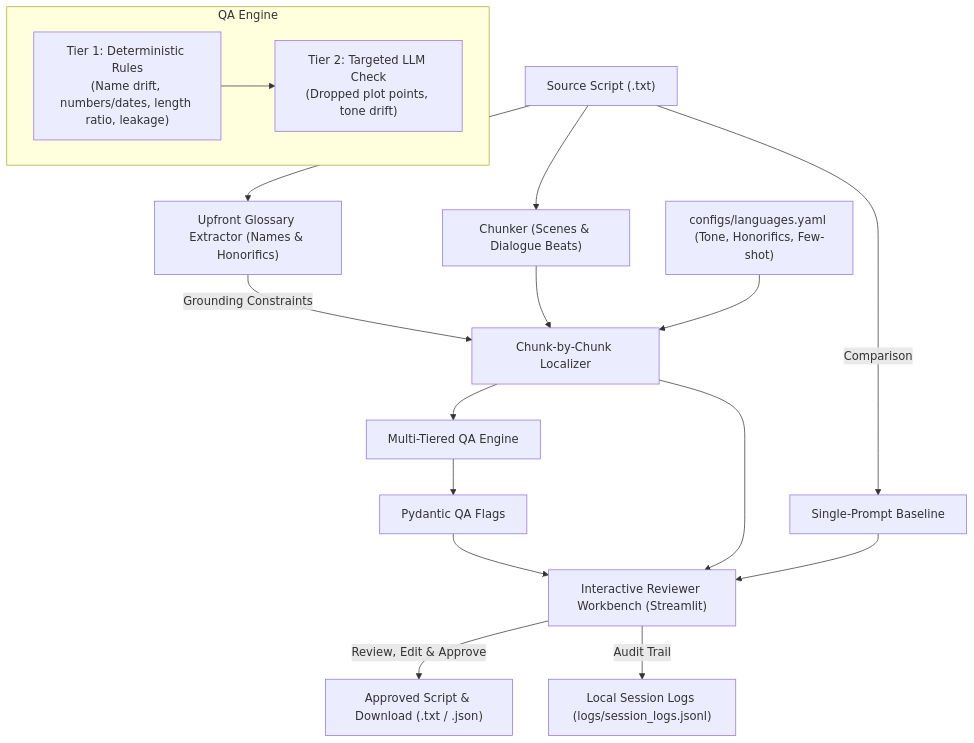
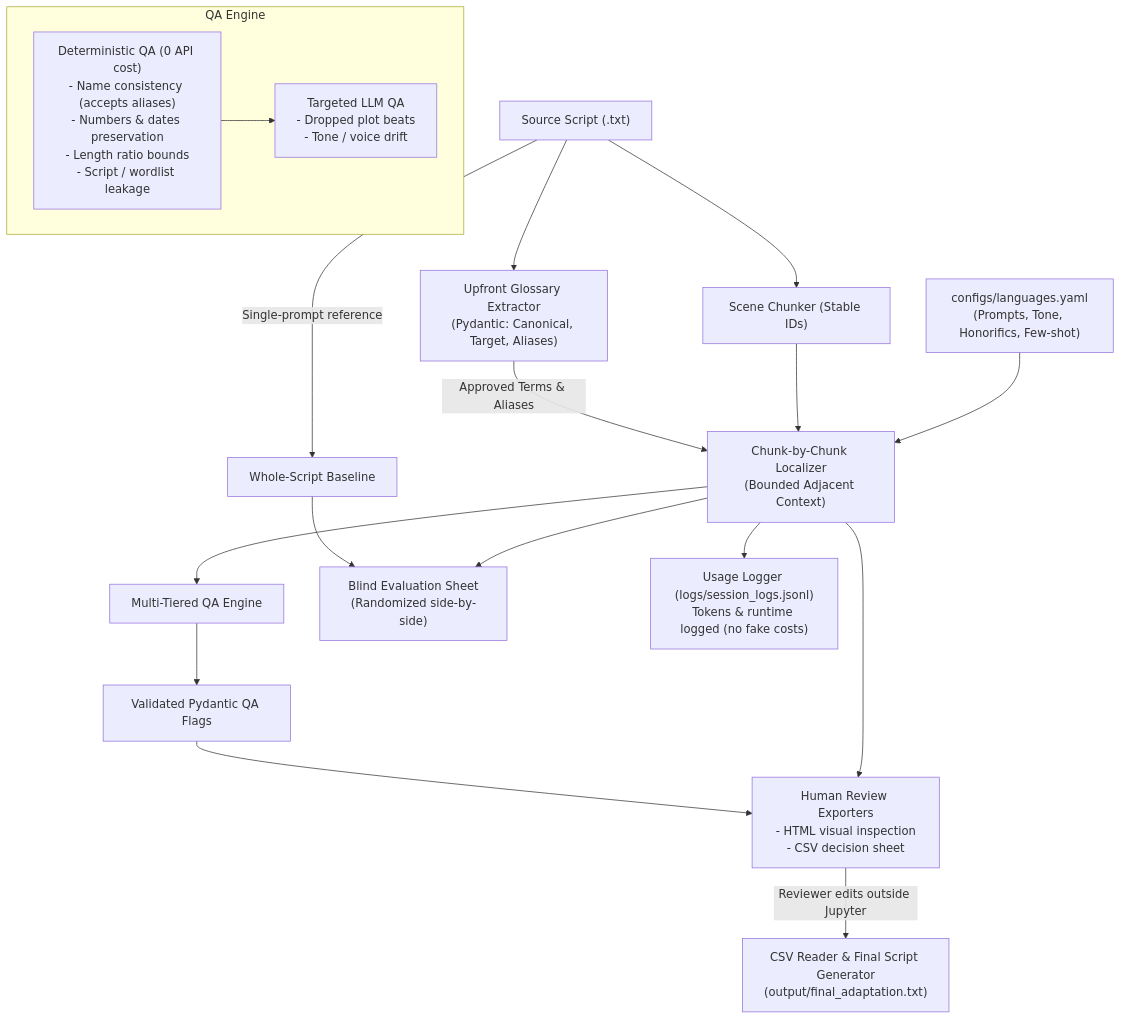
The diagram in README.md (SainathNilewad/KathaFlow-AI-Powered-Multilingual-Story-Adaptation-QA), drawn with Mermaid before and after one commit. The commit also changed other lines of this file and 11 other files, not shown here.

Commit message:
Complete Kuku Audio Drama Script Localization Workbench (notebook, app, and pipeline)

````diff
--- a/README.md
+++ b/README.md
@@ -19,24 +15,26 @@
 ```mermaid
 flowchart TD
-    A["Source Script (.txt)"] --> B["Chunker (Scenes & Dialogue Beats)"]
-    A --> C["Upfront Glossary Extractor (Names & Honorifics)"]
-    C -->|Grounding Constraints| D["Chunk-by-Chunk Localizer"]
+    A["Source Script (.txt)"] --> B["Scene Chunker (Stable IDs)"]
+    A --> C["Upfront Glossary Extractor\n(Pydantic: Canonical, Target, Aliases)"]
+    C -->|Approved Terms & Aliases| D["Chunk-by-Chunk Localizer\n(Bounded Adjacent Context)"]
     B --> D
-    E["configs/languages.yaml (Tone, Honorifics, Few-shot)"] --> D
+    E["configs/languages.yaml\n(Prompts, Tone, Honorifics, Few-shot)"] --> D
 
     D --> F["Multi-Tiered QA Engine"]
     subgraph QA Engine
-        G["Tier 1: Deterministic Rules\n(Name drift, numbers/dates, length ratio, leakage)"]
-        H["Tier 2: Targeted LLM Check\n(Dropped plot points, tone drift)"]
+        G["Deterministic QA (0 API cost)\n- Name consistency (accepts aliases)\n- Numbers & dates preservation\n- Length ratio bounds\n- Script / wordlist leakage"]
+        H["Targeted LLM QA\n- Dropped plot beats\n- Tone / voice drift"]
         G --> H
     end
-    F --> I["Pydantic QA Flags"]
+    F --> I["Validated Pydantic QA Flags"]
 
-    I --> J["Interactive Reviewer Workbench (Streamlit)"]
+    I --> J["Human Review Exporters\n- HTML visual inspection\n- CSV decision sheet"]
     D --> J
-    J -->|Review, Edit & Approve| K["Approved Script & Download (.txt / .json)"]
-    J -->|Audit Trail| L["Local Session Logs (logs/session_logs.jsonl)"]
+    J -->|Reviewer edits outside Jupyter| K["CSV Reader & Final Script Generator\n(output/final_adaptation.txt)"]
 
-    A -->|Comparison| M["Single-Prompt Baseline"]
-    M --> J
+    A -->|Single-prompt reference| L["Whole-Script Baseline"]
+    L --> M["Blind Evaluation Sheet\n(Randomized side-by-side)"]
+    D --> M
+
+    D --> N["Usage Logger (logs/session_logs.jsonl)\nTokens & runtime logged (no fake costs)"]
 ```
````
